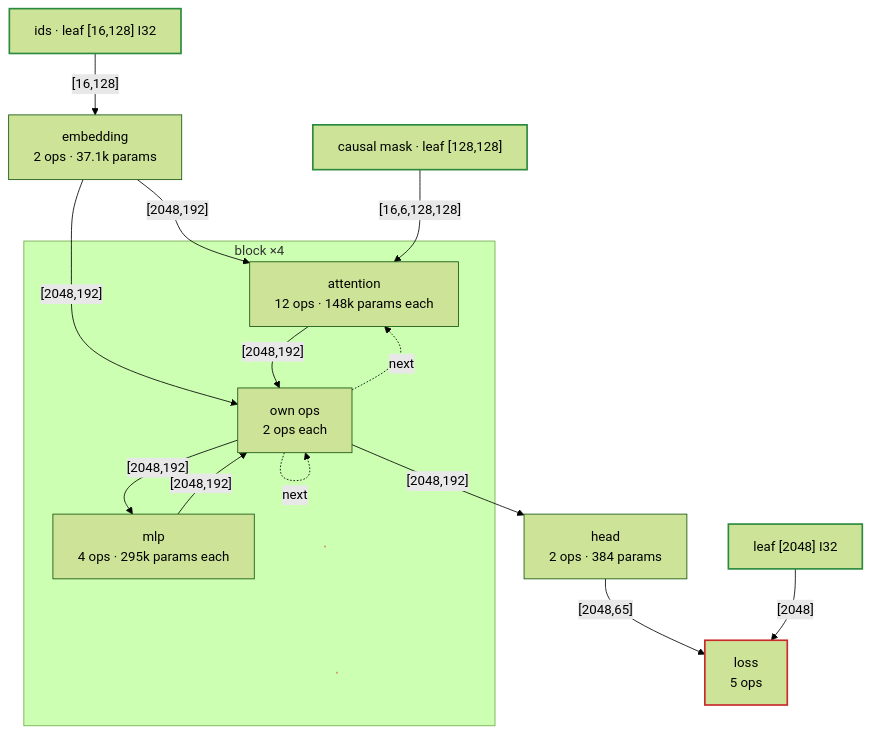
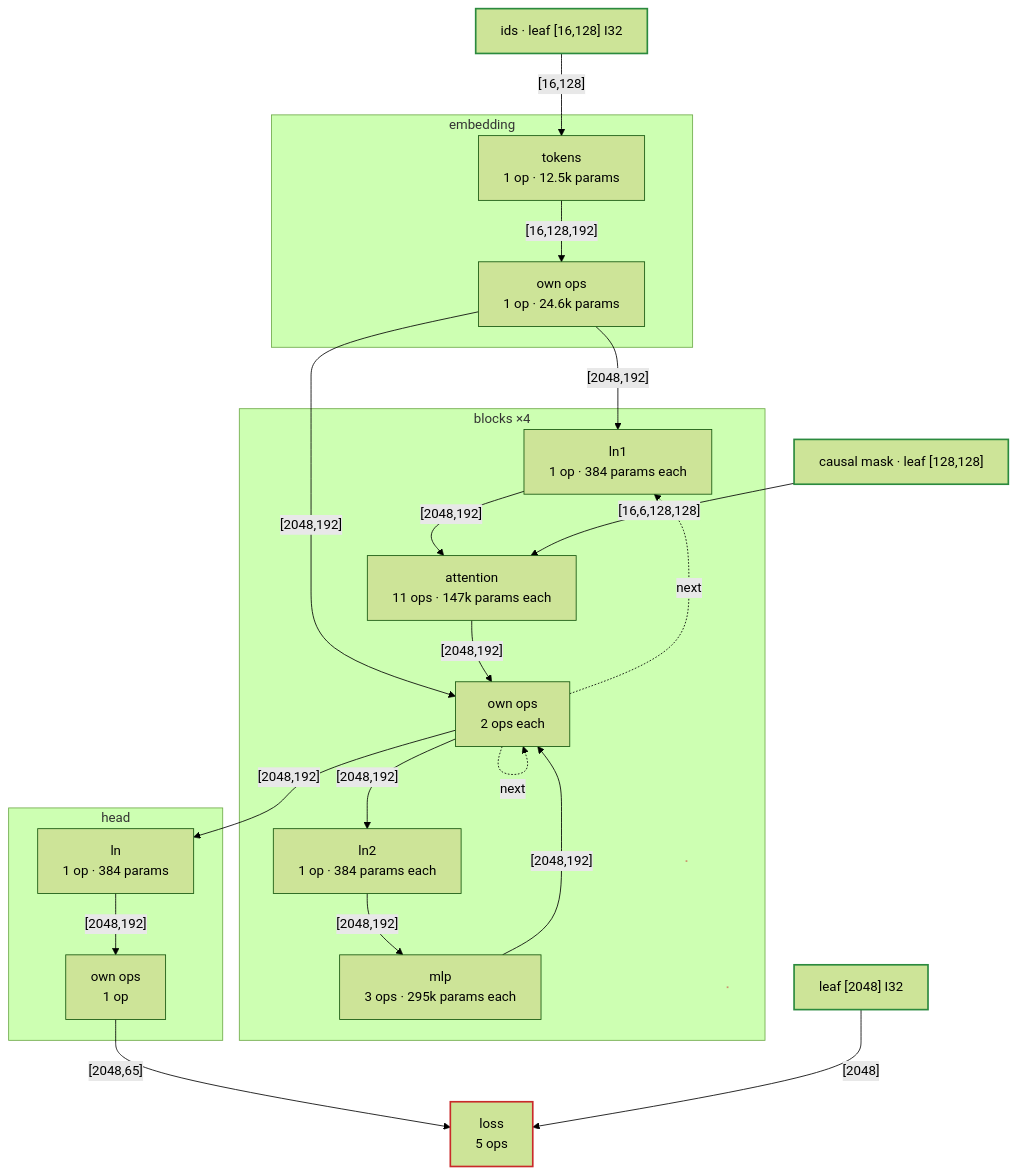
One commit to nogginly/tensomite.cr changed diagram 21 of 25 in DESIGN.md. Above: the diagram before and after it, drawn with Mermaid (forest theme). The commit also changed other lines of this file and 6 other files, not shown here.

First line of the commit message:
Put the Shakespeare model on modules, with CausalSelfAttention

````diff
--- a/DESIGN.md
+++ b/DESIGN.md
@@ -636,30 +637,42 @@
 ```mermaid
 flowchart TB
     b1["ids · leaf [16,128] I32"]
-    b3["causal mask · leaf [128,128]"]
-    b8["leaf [2048] I32"]
-    b0["embedding<br/>2 ops · 37.1k params"]
-    subgraph sub1 ["block ×4"]
-        b4["own ops<br/>2 ops each"]
-        b2["attention<br/>12 ops · 148k params each"]
-        b5["mlp<br/>4 ops · 295k params each"]
+    b5["causal mask · leaf [128,128]"]
+    b12["leaf [2048] I32"]
+    subgraph sub1 ["embedding"]
+        b2["own ops<br/>1 op · 24.6k params"]
+        b0["tokens<br/>1 op · 12.5k params"]
     end
-    b6["head<br/>2 ops · 384 params"]
-    b7["loss<br/>5 ops"]
+    subgraph sub2 ["blocks ×4"]
+        b6["own ops<br/>2 ops each"]
+        b3["ln1<br/>1 op · 384 params each"]
+        b4["attention<br/>11 ops · 147k params each"]
+        b7["ln2<br/>1 op · 384 params each"]
+        b8["mlp<br/>3 ops · 295k params each"]
+    end
+    subgraph sub3 ["head"]
+        b10["own ops<br/>1 op"]
+        b9["ln<br/>1 op · 384 params"]
+    end
+    b11["loss<br/>5 ops"]
     b1 -- "[16,128]" --> b0
-    b0 -- "[2048,192]" --> b2
-    b3 -- "[16,6,128,128]" --> b2
-    b0 -- "[2048,192]" --> b4
-    b2 -- "[2048,192]" --> b4
-    b4 -- "[2048,192]" --> b5
-    b5 -- "[2048,192]" --> b4
-    b4 -. "next" .-> b2
-    b4 -. "next" .-> b4
+    b0 -- "[16,128,192]" --> b2
+    b2 -- "[2048,192]" --> b3
+    b3 -- "[2048,192]" --> b4
+    b5 -- "[16,6,128,128]" --> b4
+    b2 -- "[2048,192]" --> b6
     b4 -- "[2048,192]" --> b6
-    b6 -- "[2048,65]" --> b7
-    b8 -- "[2048]" --> b7
+    b6 -- "[2048,192]" --> b7
+    b7 -- "[2048,192]" --> b8
+    b8 -- "[2048,192]" --> b6
+    b6 -. "next" .-> b3
+    b6 -. "next" .-> b6
+    b6 -- "[2048,192]" --> b9
+    b9 -- "[2048,192]" --> b10
+    b10 -- "[2048,65]" --> b11
+    b12 -- "[2048]" --> b11
     classDef leaf stroke:#2b8a3e,stroke-width:2px
-    class b1,b3,b8 leaf
+    class b1,b5,b12 leaf
     classDef root stroke:#c92a2a,stroke-width:2px
-    class b7 root
+    class b11 root
 ```
````
